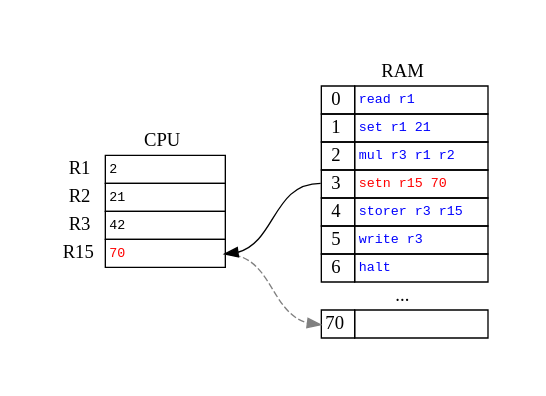
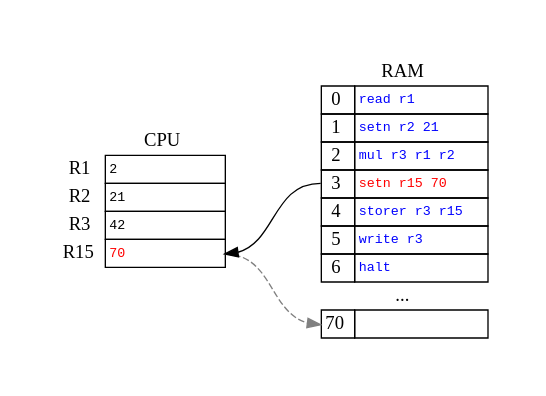
One commit to hanze-hbo-ict/programmeren changed the diagram in topics/images/14/memory/storer_1.dot. Above: the diagram before and after it, drawn with Graphviz. The commit also changed 3 other files, not shown here.

```diff
--- a/topics/images/14/memory/storer_1.dot
+++ b/topics/images/14/memory/storer_1.dot
@@ -1,74 +1,74 @@
 digraph {
     graph [pad="0.5", nodesep="0.5", ranksep="1"];
     node [shape=plain]
     rankdir=LR;
 
     CPU_t [label=<
     <table border="0" cellborder="1" cellspacing="0">
         <tr>
             <td color="none"></td>
             <td color="none">CPU</td>
         </tr>
         <tr>
             <td color="none">R1</td>
             <td port="r1" align="left" width="90%"><font point-size="10" face="monospace">2</font></td>
         </tr>
         <tr>
             <td color="none">R2</td>
             <td port="r2" align="left"><font point-size="10" face="monospace">21</font></td>
         </tr>
         <tr>
             <td color="none">R3</td>
             <td port="r3" align="left"><font point-size="10" face="monospace">42</font></td>
         </tr>
         <tr>
             <td color="none">R15</td>
             <td port="r15" align="left"><font point-size="10" face="monospace" color="red"><font point-size="10" face="monospace">70</font></font></td>
         </tr>
     </table>>]
 
     RAM_t [label=<
     <table align="right" border="0" cellborder="1" cellspacing="0">
         <tr>
             <td color="none" colspan="2">RAM</td>
         </tr>
         <tr>
             <td port="r0" width="20%">0</td>
             <td align="left" width="100%"><font point-size="10" face="monospace" color="blue">read r1</font></td>
         </tr>
         <tr>
             <td port="r1" width="20%">1</td>
-            <td align="left" width="100%"><font point-size="10" face="monospace" color="blue">set r1 21</font></td>
+            <td align="left" width="100%"><font point-size="10" face="monospace" color="blue">setn r2 21</font></td>
         </tr>
         <tr>
             <td port="r2">2</td>
             <td align="left"><font point-size="10" face="monospace" color="blue">mul r3 r1 r2</font></td>
         </tr>
         <tr>
             <td port="r3">3</td>
             <td align="left"><font point-size="10" face="monospace" color="red">setn r15 70</font></td>
         </tr>
         <tr>
             <td port="r4">4</td>
             <td align="left"><font point-size="10" face="monospace" color="blue">storer r3 r15</font></td>
         </tr>
         <tr>
             <td>5</td>
             <td align="left"><font point-size="10" face="monospace" color="blue">write r3</font></td>
         </tr>
         <tr>
             <td>6</td>
             <td align="left"><font point-size="10" face="monospace" color="blue">halt</font></td>
         </tr>
         <tr>
             <td color="none" colspan="2">...</td>
         </tr>
         <tr>
             <td port="r70">70</td>
             <td align="left"></td>
         </tr>
     </table>>]
 
     RAM_t:r3 -> CPU_t:r15
     CPU_t:r15 -> RAM_t:r70 [style=dashed, color=grey]
 }
```
